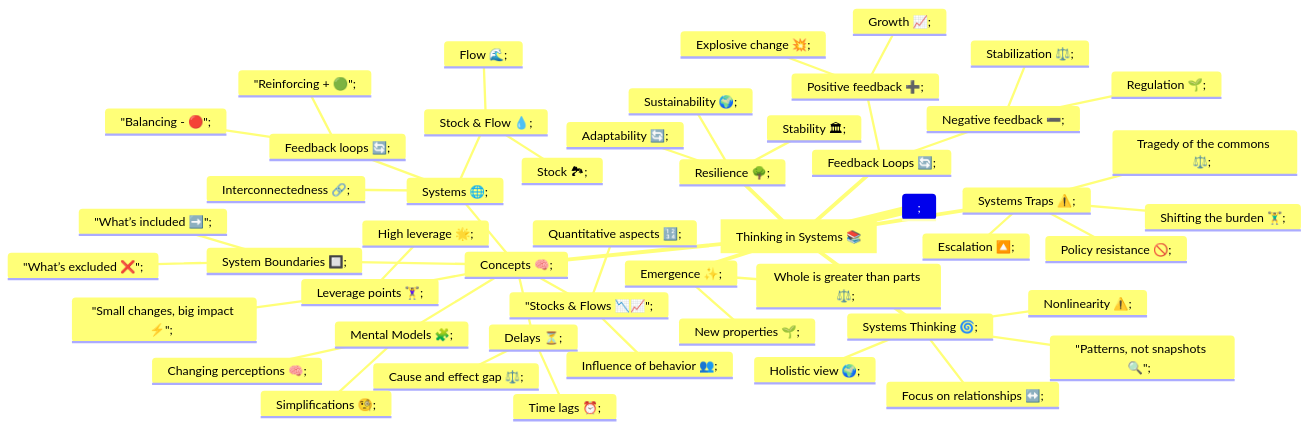
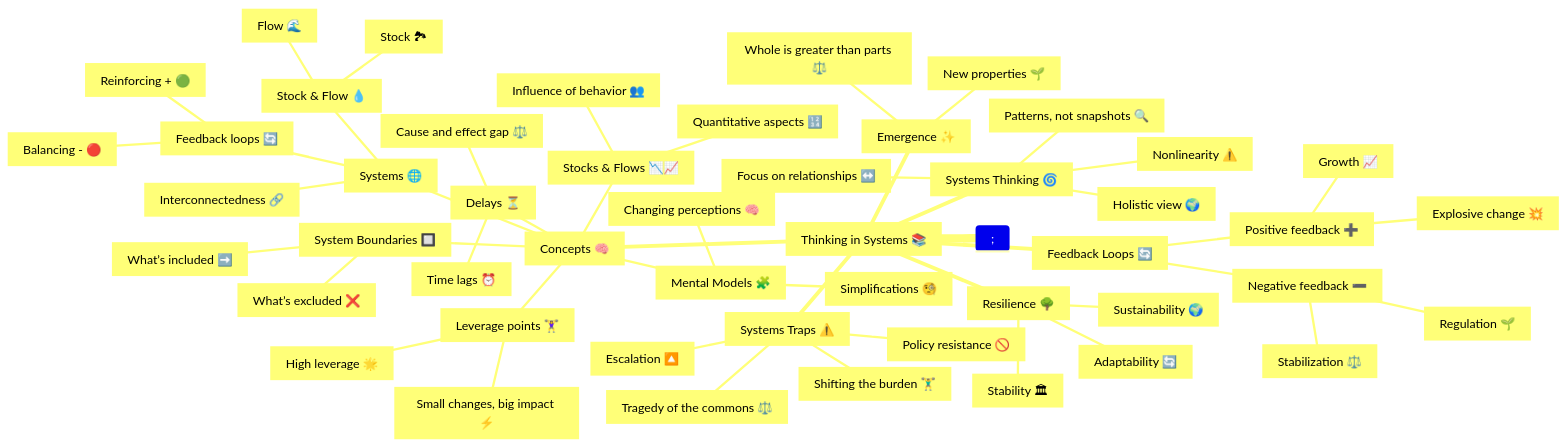
Before and after one commit to bagrounds/obsidian-github-publisher-sync: the diagram in content/books/thinking-in-systems.md, drawn with Mermaid.

Commit message:
[PUBLISHER] Merge #413

````diff
--- a/content/books/thinking-in-systems.md
+++ b/content/books/thinking-in-systems.md
@@ -43,52 +43,52 @@
 ```mermaid  
 mindmap;  
-  root[Thinking in Systems 📚)  
-    Concepts 🧠;  
-      Systems 🌐;  
-        Interconnectedness 🔗;  
-        Feedback loops 🔄;  
-          "Reinforcing + 🟢";  
-          "Balancing - 🔴";  
-        Stock & Flow 💧;  
-          Stock 🏞;  
-          Flow 🌊;  
-      Leverage points 🏋️‍♀️;  
-        "Small changes, big impact ⚡";  
-        High leverage 🌟;  
-      System Boundaries 🔲;  
-        "What’s included ➡️";  
-        "What’s excluded ❌";  
-      Delays ⏳;  
-        Cause and effect gap ⚖️;  
-        Time lags ⏰;  
-      Mental Models 🧩;  
-        Simplifications 🧐;  
-        Changing perceptions 🧠;  
-      "Stocks & Flows 📉📈";  
-        Quantitative aspects 🔢;  
-        Influence of behavior 👥;  
-    Systems Thinking 🌀;  
-      Holistic view 🌍;  
-      Focus on relationships ↔️;  
-      "Patterns, not snapshots 🔍";  
-      Nonlinearity ⚠️;  
-    Feedback Loops 🔄;  
-      Positive feedback ➕;  
-        Growth 📈;  
-        Explosive change 💥;  
-      Negative feedback ➖;  
-        Stabilization ⚖️;  
-        Regulation 🌱;  
-    Emergence ✨;  
-      New properties 🌱;  
-      Whole is greater than parts ⚖️;  
-    Resilience 🌳;  
-      Adaptability 🔄;  
-      Stability 🏛;  
-      Sustainability 🌍;  
-    Systems Traps ⚠️;  
-      Policy resistance 🚫;  
-      Shifting the burden 🏋️‍♂️;  
-      Escalation 🔼;  
-      Tragedy of the commons ⚖️;  
+  root[Thinking in Systems 📚]  
+    [Concepts 🧠]  
+      [Systems 🌐]  
+        [Interconnectedness 🔗]  
+        [Feedback loops 🔄]  
+          [Reinforcing + 🟢]  
+          [Balancing - 🔴]  
+        [Stock & Flow 💧]  
+          [Stock 🏞]  
+          [Flow 🌊]  
+      [Leverage points 🏋️‍♀️]  
+        [Small changes, big impact ⚡]  
+        [High leverage 🌟]  
+      [System Boundaries 🔲]  
+        [What’s included ➡️]  
+        [What’s excluded ❌]  
+      [Delays ⏳]  
+        [Cause and effect gap ⚖️]  
+        [Time lags ⏰]  
+      [Mental Models 🧩]  
+        [Simplifications 🧐]  
+        [Changing perceptions 🧠]  
+      [Stocks & Flows 📉📈]  
+        [Quantitative aspects 🔢]  
+        [Influence of behavior 👥]  
+    [Systems Thinking 🌀]  
+      [Holistic view 🌍]  
+      [Focus on relationships ↔️]  
+      [Patterns, not snapshots 🔍]  
+      [Nonlinearity ⚠️]  
+    [Feedback Loops 🔄]  
+      [Positive feedback ➕]  
+        [Growth 📈]  
+        [Explosive change 💥]  
+      [Negative feedback ➖]  
+        [Stabilization ⚖️]  
+        [Regulation 🌱]  
+    [Emergence ✨]  
+      [New properties 🌱]  
+      [Whole is greater than parts ⚖️]  
+    [Resilience 🌳]  
+      [Adaptability 🔄]  
+      [Stability 🏛]  
+      [Sustainability 🌍]  
+    [Systems Traps ⚠️]  
+      [Policy resistance 🚫]  
+      [Shifting the burden 🏋️‍♂️]  
+      [Escalation 🔼]  
+      [Tragedy of the commons ⚖️]  
 ```  
````
